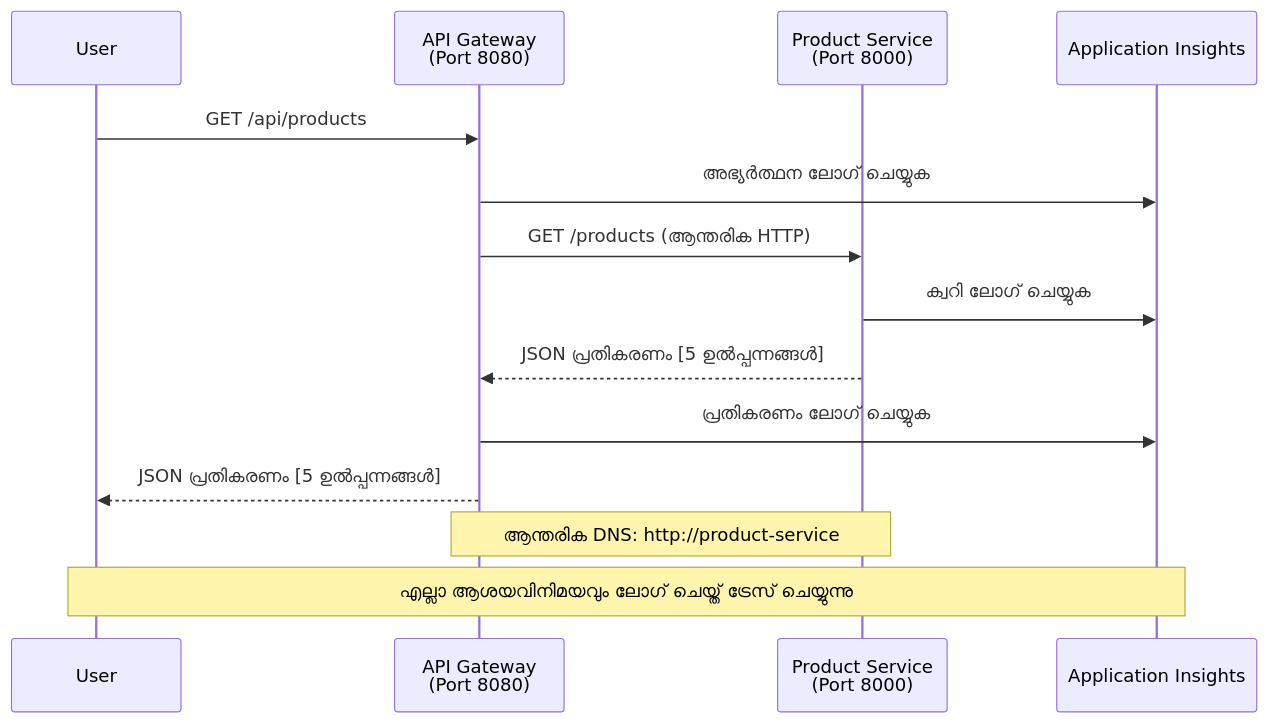
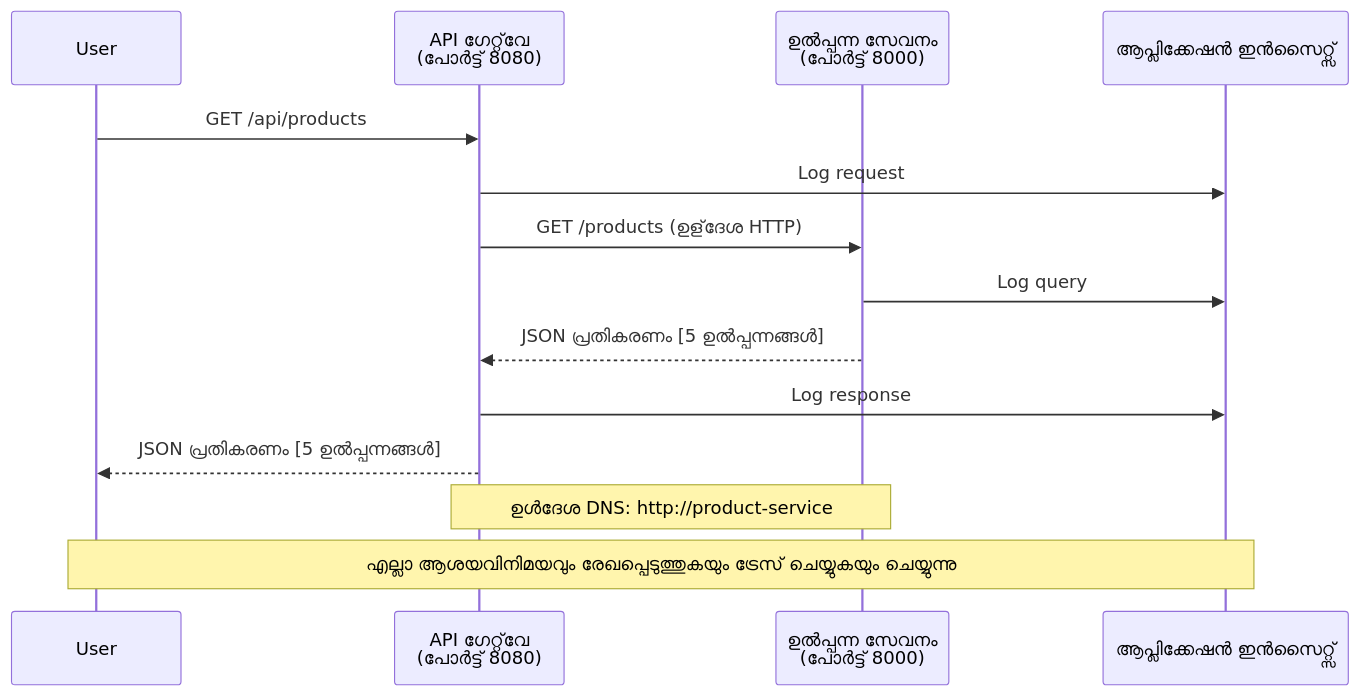
The fourth of 4 diagrams in translations/ml/examples/microservices/README.md (microsoft/AZD-for-beginners), drawn with Mermaid before and after one commit. The commit also changed other lines of this file and 470 other files, not shown here.

````diff
--- a/translations/ml/examples/microservices/README.md
+++ b/translations/ml/examples/microservices/README.md
@@ -432,18 +423,18 @@
 ```mermaid
 sequenceDiagram
     participant User
-    participant Gateway as API Gateway<br/>(Port 8080)
-    participant Product as Product Service<br/>(Port 8000)
-    participant AI as Application Insights
+    participant Gateway as API ഗേറ്റ്‌വേ<br/>(പോർട്ട് 8080)
+    participant Product as ഉൽപ്പന്ന സേവനം<br/>(പോർട്ട് 8000)
+    participant AI as ആപ്ലിക്കേഷൻ ഇൻസൈറ്റ്സ്
     
     User->>Gateway: GET /api/products
-    Gateway->>AI: അഭ്യർത്ഥന ലോഗ് ചെയ്യുക
-    Gateway->>Product: GET /products (ആന്തരിക HTTP)
-    Product->>AI: ക്വറി ലോഗ് ചെയ്യുക
+    Gateway->>AI: Log request
+    Gateway->>Product: GET /products (ഉള്‌ദേശ HTTP)
+    Product->>AI: Log query
     Product-->>Gateway: JSON പ്രതികരണം [5 ഉൽപ്പന്നങ്ങൾ]
-    Gateway->>AI: പ്രതികരണം ലോഗ് ചെയ്യുക
+    Gateway->>AI: Log response
     Gateway-->>User: JSON പ്രതികരണം [5 ഉൽപ്പന്നങ്ങൾ]
     
-    Note over Gateway,Product: ആന്തരിക DNS: http://product-service
-    Note over User,AI: എല്ലാ ആശയവിനിമയവും ലോഗ് ചെയ്ത് ട്രേസ് ചെയ്യുന്നു
+    Note over Gateway,Product: ഉൾദേശ DNS: http://product-service
+    Note over User,AI: എല്ലാ ആശയവിനിമയവും രേഖപ്പെടുത്തുകയും ട്രേസ് ചെയ്യുകയും ചെയ്യുന്നു
 ```
````
